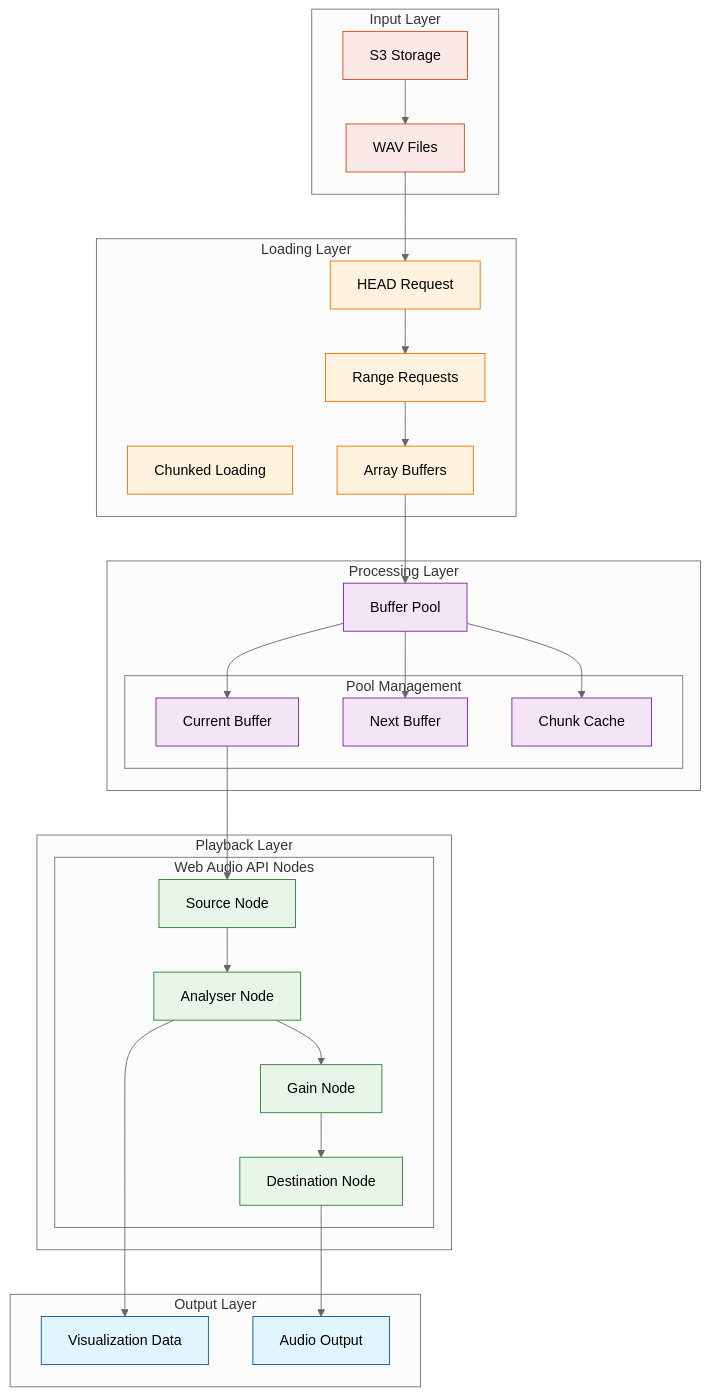
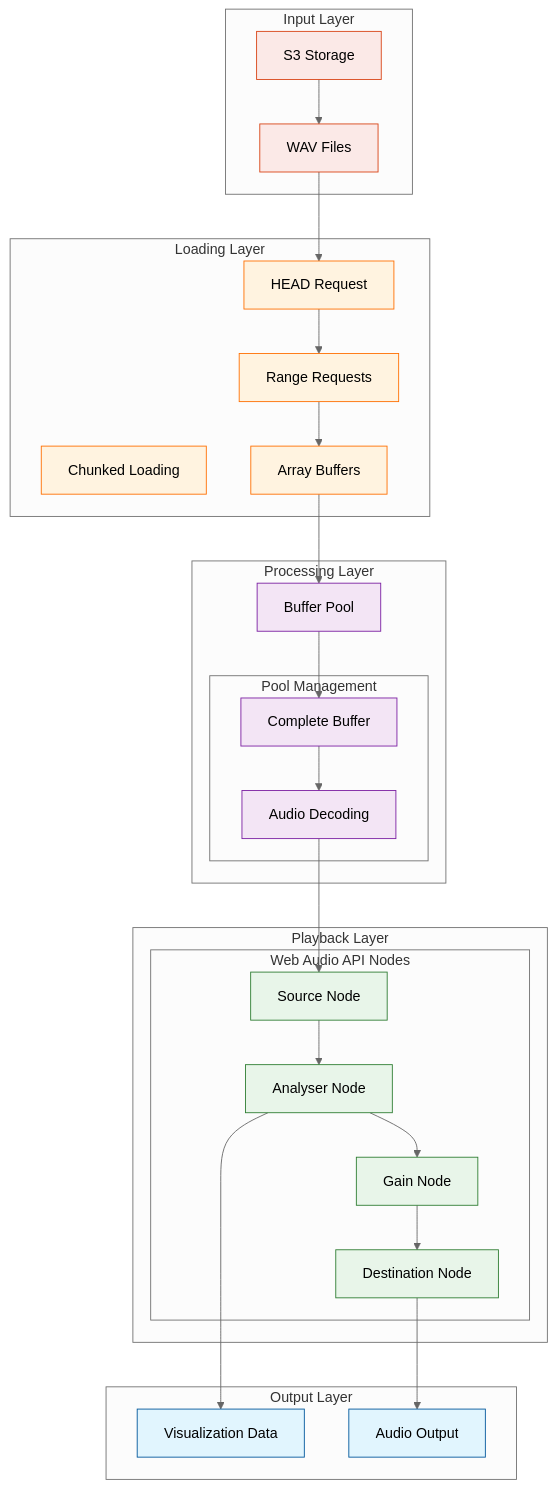
One commit to kalynbeach/kalynbeach-net changed the second of 3 diagrams in docs/wave-player/wave-player-diagrams.md. Above: the diagram before and after it, drawn with Mermaid (neutral theme). The commit also changed other lines of this file and 6 other files, not shown here.

````diff
--- a/docs/wave-player/wave-player-diagrams.md
+++ b/docs/wave-player/wave-player-diagrams.md
@@ -66,66 +66,66 @@
 ```mermaid
 flowchart TB
     subgraph Input["Input Layer"]
         S3[S3 Storage]
         WAV[WAV Files]
         S3 --> WAV
     end
 
     subgraph Loading["Loading Layer"]
         CL[Chunked Loading]
         HEAD[HEAD Request]
         RANGE[Range Requests]
         AB[Array Buffers]
         
         WAV --> HEAD
         HEAD --> RANGE
         RANGE --> AB
     end
 
     subgraph Processing["Processing Layer"]
         BP[Buffer Pool]
         subgraph Pool["Pool Management"]
-            CB[Current Buffer]
-            NB[Next Buffer]
-            CH[Chunk Cache]
+            CB[Complete Buffer]
+            DECODE[Audio Decoding]
         end
         
         AB --> BP
-        BP --> CB & NB & CH
+        BP --> CB
+        CB --> DECODE
     end
 
     subgraph Playback["Playback Layer"]
         subgraph Nodes["Web Audio API Nodes"]
             SRC[Source Node]
             ANA[Analyser Node]
             GAIN[Gain Node]
             DEST[Destination Node]
         end
         
-        CB --> SRC
+        DECODE --> SRC
         SRC --> ANA
         ANA --> GAIN
         GAIN --> DEST
     end
 
     subgraph Output["Output Layer"]
         VIS[Visualization Data]
         AUDIO[Audio Output]
         
         ANA --> VIS
         DEST --> AUDIO
     end
 
     %% Styling
     classDef storage fill:#fbe9e7,stroke:#d84315
     classDef loading fill:#fff3e0,stroke:#ff6f00
     classDef processing fill:#f3e5f5,stroke:#7b1fa2
     classDef playback fill:#e8f5e9,stroke:#2e7d32
     classDef output fill:#e1f5fe,stroke:#01579b
 
     class S3,WAV storage
     class CL,HEAD,RANGE,AB loading
-    class BP,CB,NB,CH processing
+    class BP,CB,DECODE processing
     class SRC,ANA,GAIN,DEST playback
     class VIS,AUDIO output
 ```
````
